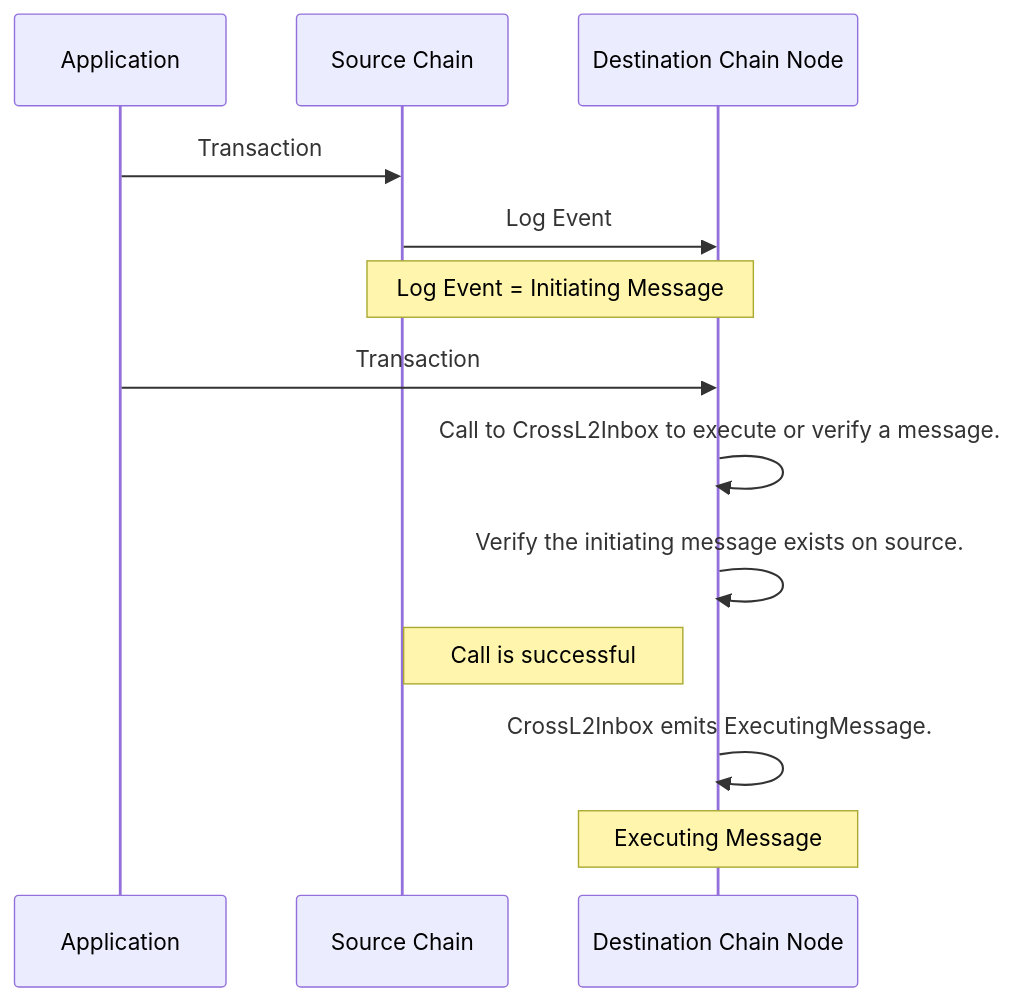
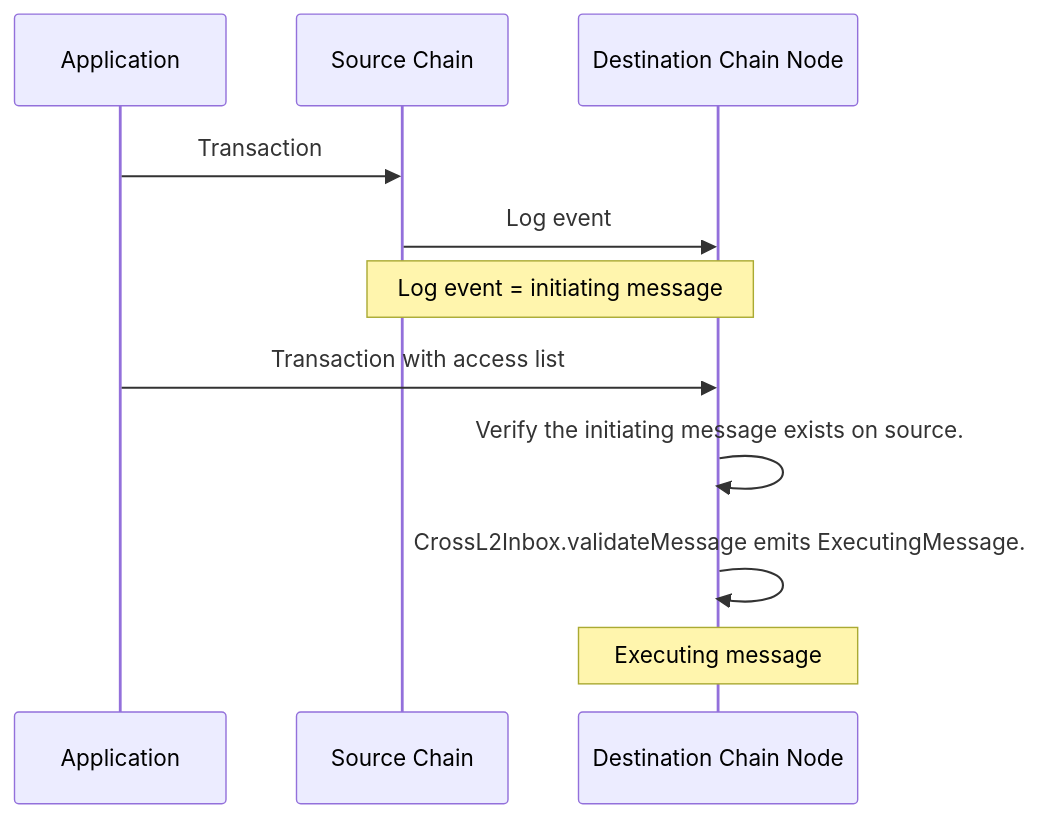
One commit to okx/optimism changed the second of 6 diagrams in docs/public-docs/op-stack/interop/explainer.mdx. Above: the diagram before and after it, drawn with Mermaid. The commit also changed other lines of this file, not shown here.

````diff
--- a/docs/public-docs/op-stack/interop/explainer.mdx
+++ b/docs/public-docs/op-stack/interop/explainer.mdx
@@ -64,16 +62,14 @@
 ```mermaid
 
 sequenceDiagram
     participant app as Application
     participant src as Source Chain
     participant dst as Destination Chain Node
     app->>src: Transaction
-    src->>dst: Log Event
-    note over src,dst: Log Event = Initiating Message
-    app->>dst: Transaction
-    dst->>dst: Call to CrossL2Inbox to execute or verify a message.
+    src->>dst: Log event
+    note over src,dst: Log event = initiating message
+    app->>dst: Transaction with access list
     dst->>dst: Verify the initiating message exists on source.
-    note left of dst: Call is successful
-    dst->>dst: CrossL2Inbox emits ExecutingMessage.
-    note over dst: Executing Message
+    dst->>dst: CrossL2Inbox.validateMessage emits ExecutingMessage.
+    note over dst: Executing message
 ```
````
